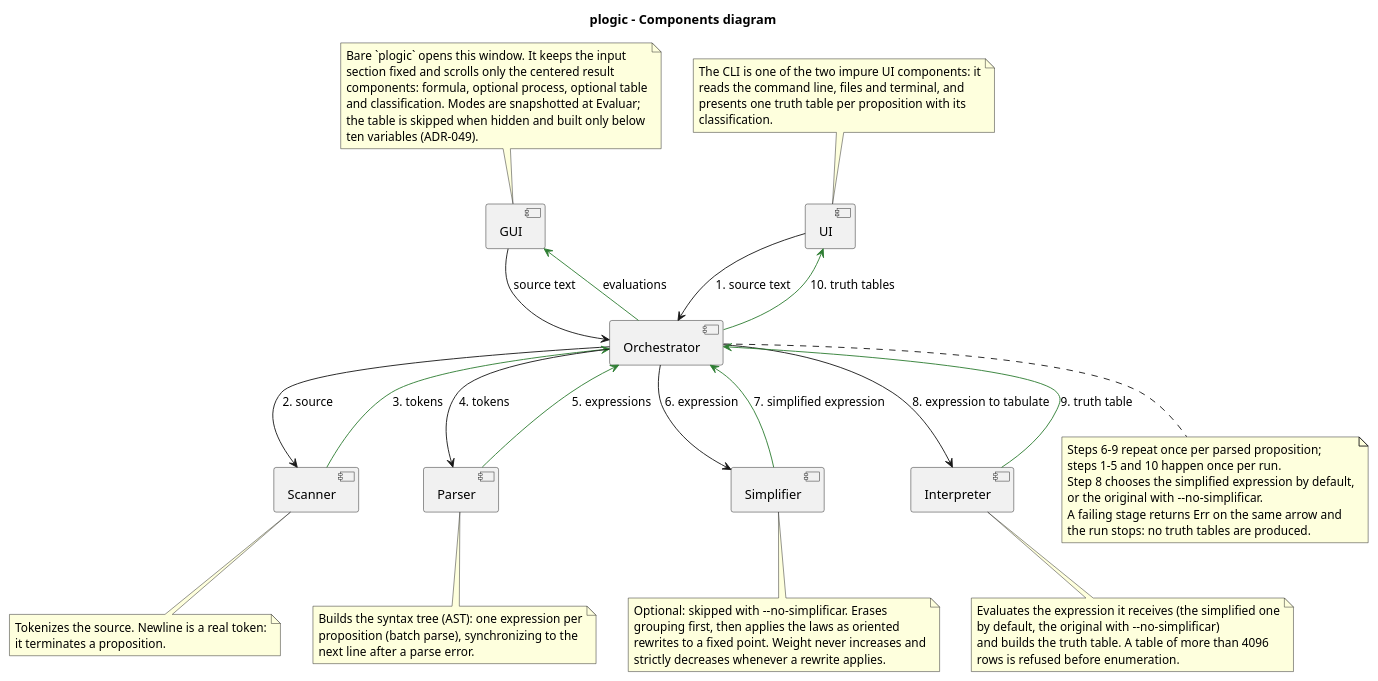
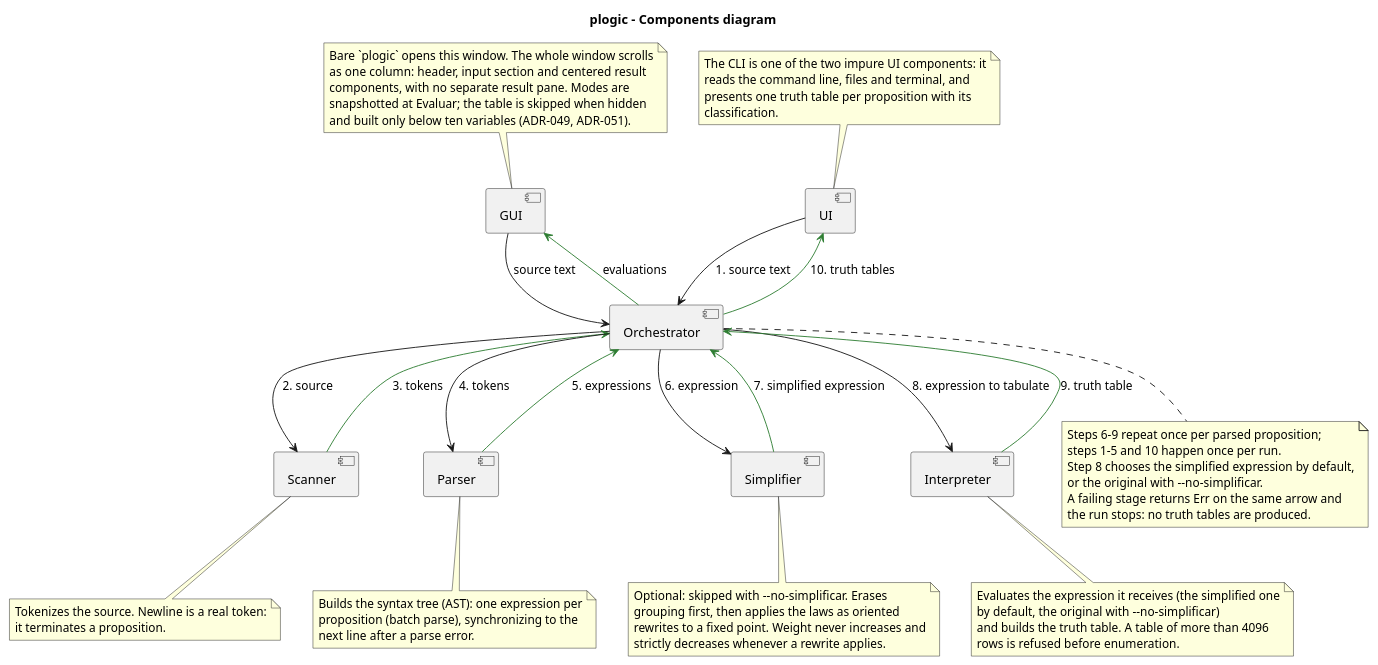
One commit to Josgtg/plogic changed the diagram in design/diagrams/components_diagram.puml. Above: the diagram before and after it, drawn with PlantUML. The commit also changed 9 other files, not shown here.

Commit message:
design: record the v diagnostic and whole-window scroll

```diff
--- a/design/diagrams/components_diagram.puml
+++ b/design/diagrams/components_diagram.puml
@@ -1,84 +1,83 @@
 @startuml components_diagram
 title plogic - Components diagram
 
 component "UI" as UI
 component "GUI" as GUI
 component "Orchestrator" as Orchestrator
 component "Scanner" as Scanner
 component "Parser" as Parser
 component "Simplifier" as Simplifier
 component "Interpreter" as Interpreter
 
 note top of UI
   The CLI is one of the two impure UI components: it
   reads the command line, files and terminal, and
   presents one truth table per proposition with its
   classification.
 end note
 
 note top of GUI
-  Bare `plogic` opens this window. It keeps the input
-  section fixed and scrolls only the centered result
-  components: formula, optional process, optional table
-  and classification. Modes are snapshotted at Evaluar;
-  the table is skipped when hidden and built only below
-  ten variables (ADR-049).
+  Bare `plogic` opens this window. The whole window scrolls
+  as one column: header, input section and centered result
+  components, with no separate result pane. Modes are
+  snapshotted at Evaluar; the table is skipped when hidden
+  and built only below ten variables (ADR-049, ADR-051).
 end note
 
 note bottom of Scanner
   Tokenizes the source. Newline is a real token:
   it terminates a proposition.
 end note
 
 note bottom of Parser
   Builds the syntax tree (AST): one expression per
   proposition (batch parse), synchronizing to the
   next line after a parse error.
 end note
 
 note bottom of Simplifier
   Optional: skipped with --no-simplificar. Erases
   grouping first, then applies the laws as oriented
   rewrites to a fixed point. Weight never increases and
   strictly decreases whenever a rewrite applies.
 end note
 
 note bottom of Interpreter
   Evaluates the expression it receives (the simplified one
   by default, the original with --no-simplificar)
   and builds the truth table. A table of more than 4096
   rows is refused before enumeration.
 end note
 
 UI -down-> Orchestrator : 1. source text
 Orchestrator -up-> UI #2E7D32 : 10. truth tables
 
 GUI -down-> Orchestrator : source text
 Orchestrator -up-> GUI #2E7D32 : evaluations
 
 Orchestrator -down-> Scanner : 2. source
 Scanner -up-> Orchestrator #2E7D32 : 3. tokens
 
 Orchestrator -down-> Parser : 4. tokens
 Parser -up-> Orchestrator #2E7D32 : 5. expressions
 
 note bottom of Orchestrator
   Steps 6-9 repeat once per parsed proposition;
   steps 1-5 and 10 happen once per run.
   Step 8 chooses the simplified expression by default,
   or the original with --no-simplificar.
   A failing stage returns Err on the same arrow and
   the run stops: no truth tables are produced.
 end note
 
 Orchestrator -down-> Simplifier : 6. expression
 Simplifier -up-> Orchestrator #2E7D32 : 7. simplified expression
 
 Orchestrator -down-> Interpreter : 8. expression to tabulate
 Interpreter -up-> Orchestrator #2E7D32 : 9. truth table
 
 Scanner -[hidden]right- Parser
 Parser -[hidden]right- Simplifier
 Simplifier -[hidden]right- Interpreter
 
 @enduml
```
